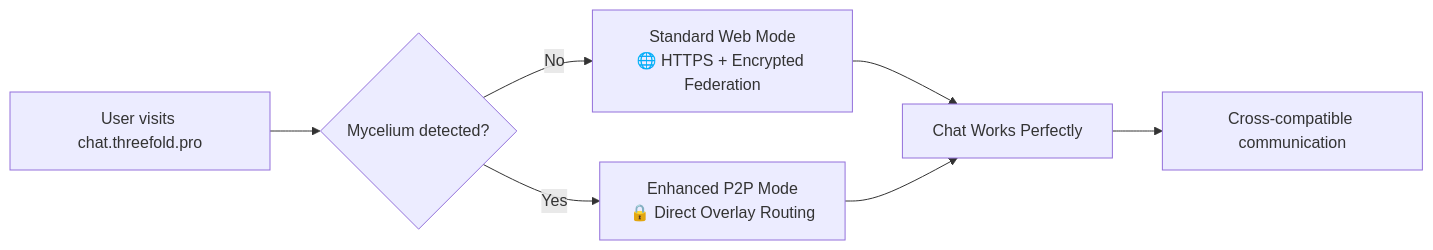
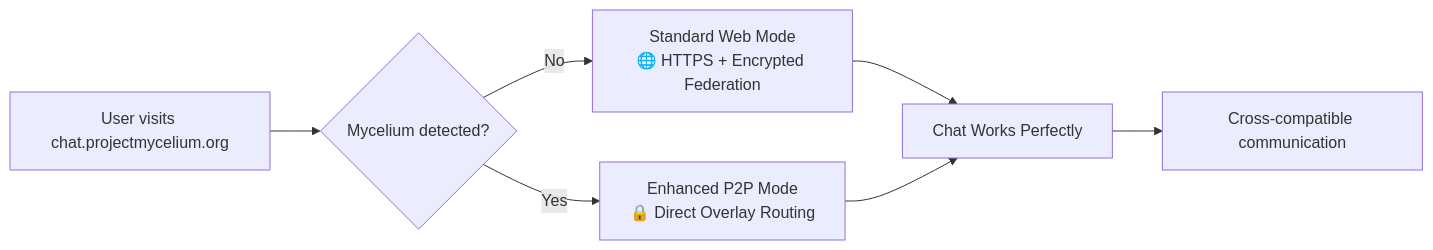
Before and after one commit to mik-tf/mycelium-matrix-chat: the first of 3 diagrams in README.md, drawn with Mermaid. The commit also changed other lines of this file and 13 other files, not shown here.

Commit message:
feat: Update domain references from chat.threefold.pro to chat.projectmycelium.org

````diff
--- a/README.md
+++ b/README.md
@@ -33,9 +33,9 @@
 ```mermaid
 graph LR
-    A[User visits chat.threefold.pro] --> B{Mycelium detected?}
+    A[User visits chat.projectmycelium.org] --> B{Mycelium detected?}
     B -->|No| C[Standard Web Mode<br/>🌐 HTTPS + Encrypted Federation]
     B -->|Yes| D[Enhanced P2P Mode<br/>🔒 Direct Overlay Routing]
     C --> E[Chat Works Perfectly]
     D --> E
     E --> F[Cross-compatible communication]
 ```
````
